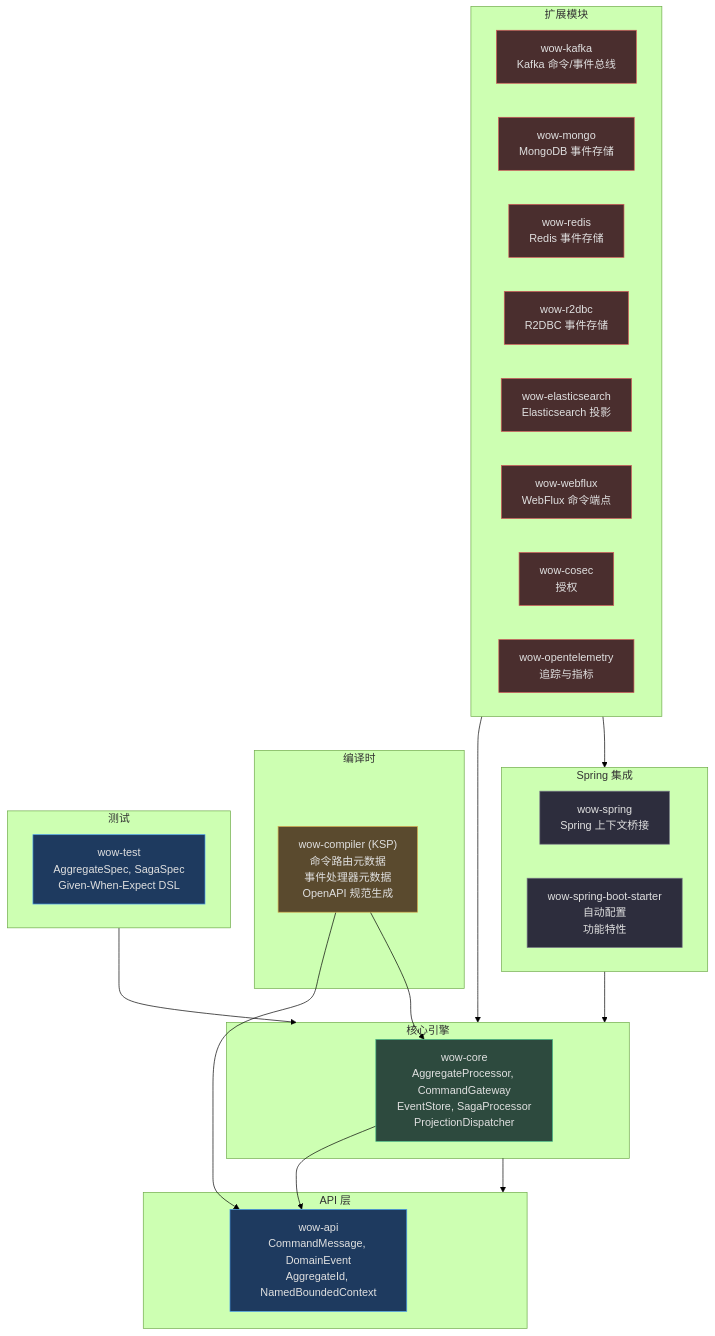
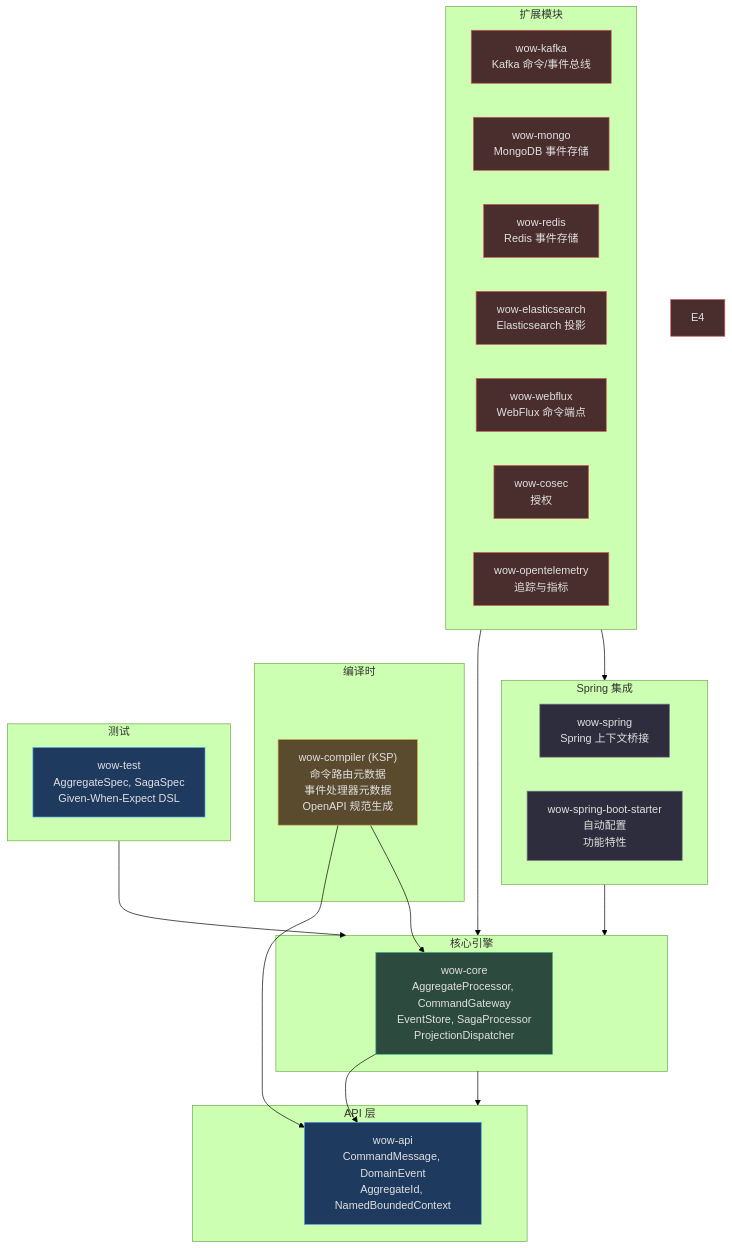
The first of 6 diagrams in documentation/docs/zh/guide/advanced/architecture.md (Ahoo-Wang/Wow), drawn with Mermaid (forest theme) before and after one commit. The commit also changed other lines of this file and 92 other files, not shown here.

````diff
--- a/documentation/docs/zh/guide/advanced/architecture.md
+++ b/documentation/docs/zh/guide/advanced/architecture.md
@@ -34,58 +32,57 @@
 ```mermaid
 flowchart TB
     subgraph API["API 层<br>"]
         A1["wow-api<br>CommandMessage, DomainEvent<br>AggregateId, NamedBoundedContext"]
     end
 
     subgraph CORE["核心引擎"]
         C1["wow-core<br>AggregateProcessor, CommandGateway<br>EventStore, SagaProcessor<br>ProjectionDispatcher"]
     end
 
     subgraph COMPILE["编译时"]
         K1["wow-compiler (KSP)<br>命令路由元数据<br>事件处理器元数据<br>OpenAPI 规范生成"]
     end
 
     subgraph EXT["扩展模块"]
         E1["wow-kafka<br>Kafka 命令/事件总线"]
         E2["wow-mongo<br>MongoDB 事件存储"]
         E3["wow-redis<br>Redis 事件存储"]
-        E4["wow-r2dbc<br>R2DBC 事件存储"]
         E5["wow-elasticsearch<br>Elasticsearch 投影"]
         E6["wow-webflux<br>WebFlux 命令端点"]
         E7["wow-cosec<br>授权"]
         E8["wow-opentelemetry<br>追踪与指标"]
     end
 
     subgraph SPRING["Spring 集成"]
         S1["wow-spring<br>Spring 上下文桥接"]
         S2["wow-spring-boot-starter<br>自动配置<br>功能特性"]
     end
 
     subgraph TEST["测试"]
         T1["wow-test<br>AggregateSpec, SagaSpec<br>Given-When-Expect DSL"]
     end
 
     C1 --> A1
     K1 --> A1
     K1 --> C1
     CORE --> API
     EXT --> CORE
     SPRING --> CORE
     EXT --> SPRING
     TEST --> CORE
 
     style A1 fill:#1e3a5f,stroke:#4a9eed,color:#e0e0e0
     style C1 fill:#2d4a3e,stroke:#4aba8a,color:#e0e0e0
     style K1 fill:#5a4a2e,stroke:#d4a84b,color:#e0e0e0
     style E1 fill:#4a2e2e,stroke:#d45b5b,color:#e0e0e0
     style E2 fill:#4a2e2e,stroke:#d45b5b,color:#e0e0e0
     style E3 fill:#4a2e2e,stroke:#d45b5b,color:#e0e0e0
     style E4 fill:#4a2e2e,stroke:#d45b5b,color:#e0e0e0
     style E5 fill:#4a2e2e,stroke:#d45b5b,color:#e0e0e0
     style E6 fill:#4a2e2e,stroke:#d45b5b,color:#e0e0e0
     style E7 fill:#4a2e2e,stroke:#d45b5b,color:#e0e0e0
     style E8 fill:#4a2e2e,stroke:#d45b5b,color:#e0e0e0
     style S1 fill:#2d2d3d,stroke:#7a7a8a,color:#e0e0e0
     style S2 fill:#2d2d3d,stroke:#7a7a8a,color:#e0e0e0
     style T1 fill:#1e3a5f,stroke:#4a9eed,color:#e0e0e0
 ```
````
